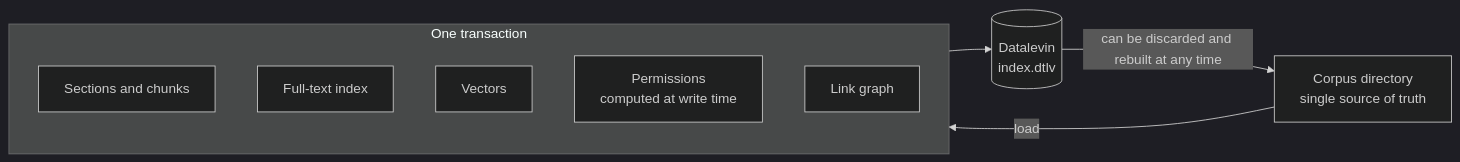
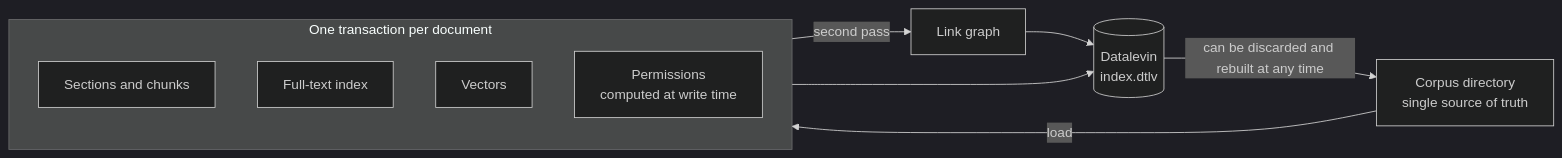
The diagram in docs/design/rationale.md (humorless/levinrag), drawn with Mermaid (dark theme) before and after one commit. The commit also changed other lines of this file and 3 other files, not shown here.

````diff
--- a/docs/design/rationale.md
+++ b/docs/design/rationale.md
@@ -33,14 +33,14 @@
 ```mermaid
 flowchart LR
   C[Corpus directory<br/>single source of truth] -->|load| T
-  subgraph T[One transaction]
+  subgraph T[One transaction per document]
     direction TB
     K[Sections and chunks]
     F[Full-text index]
     V[Vectors]
     P[Permissions<br/>computed at write time]
-    L[Link graph]
   end
   T --> X[(Datalevin<br/>index.dtlv)]
+  T -->|second pass| L[Link graph] --> X
   X -->|can be discarded and rebuilt at any time| C
 ```
````
